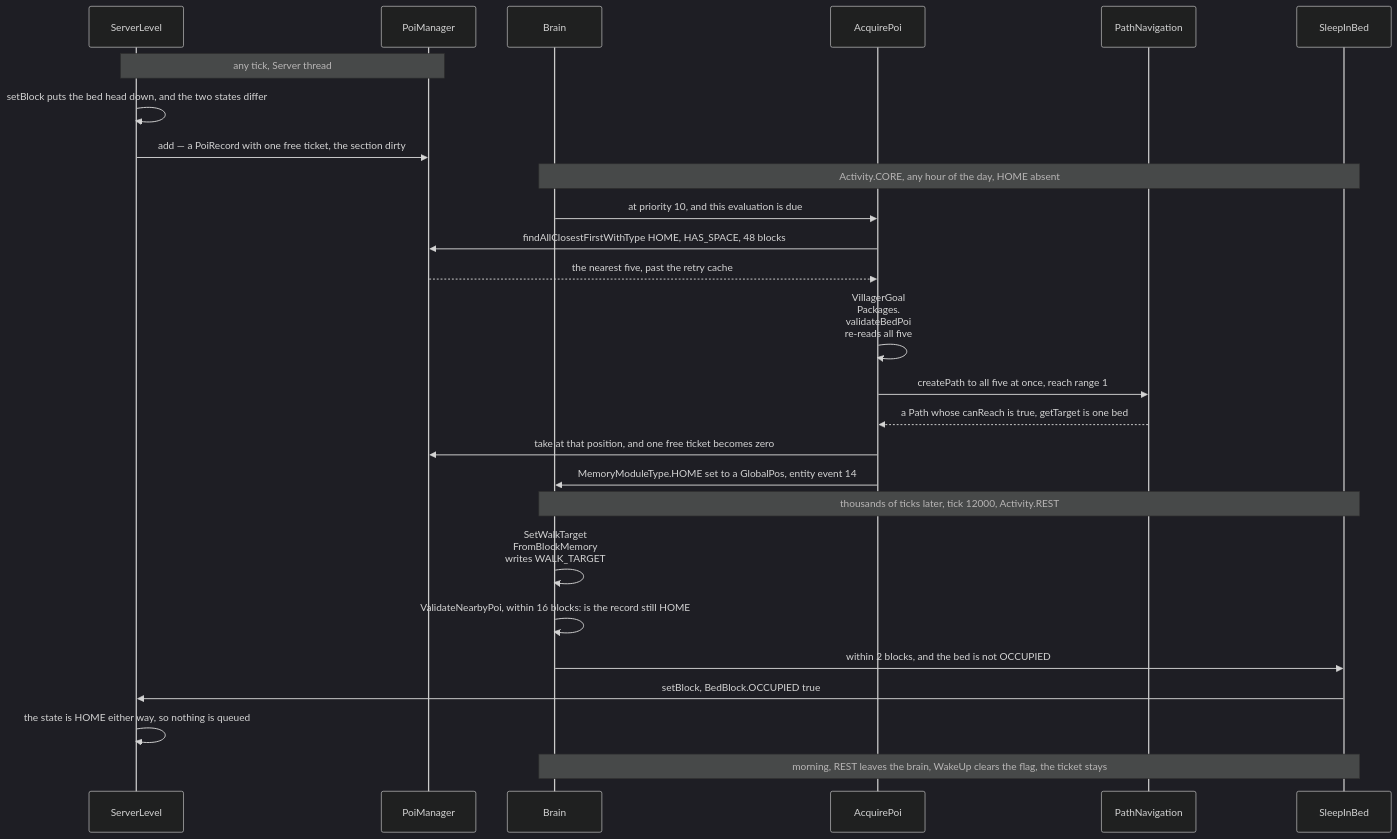
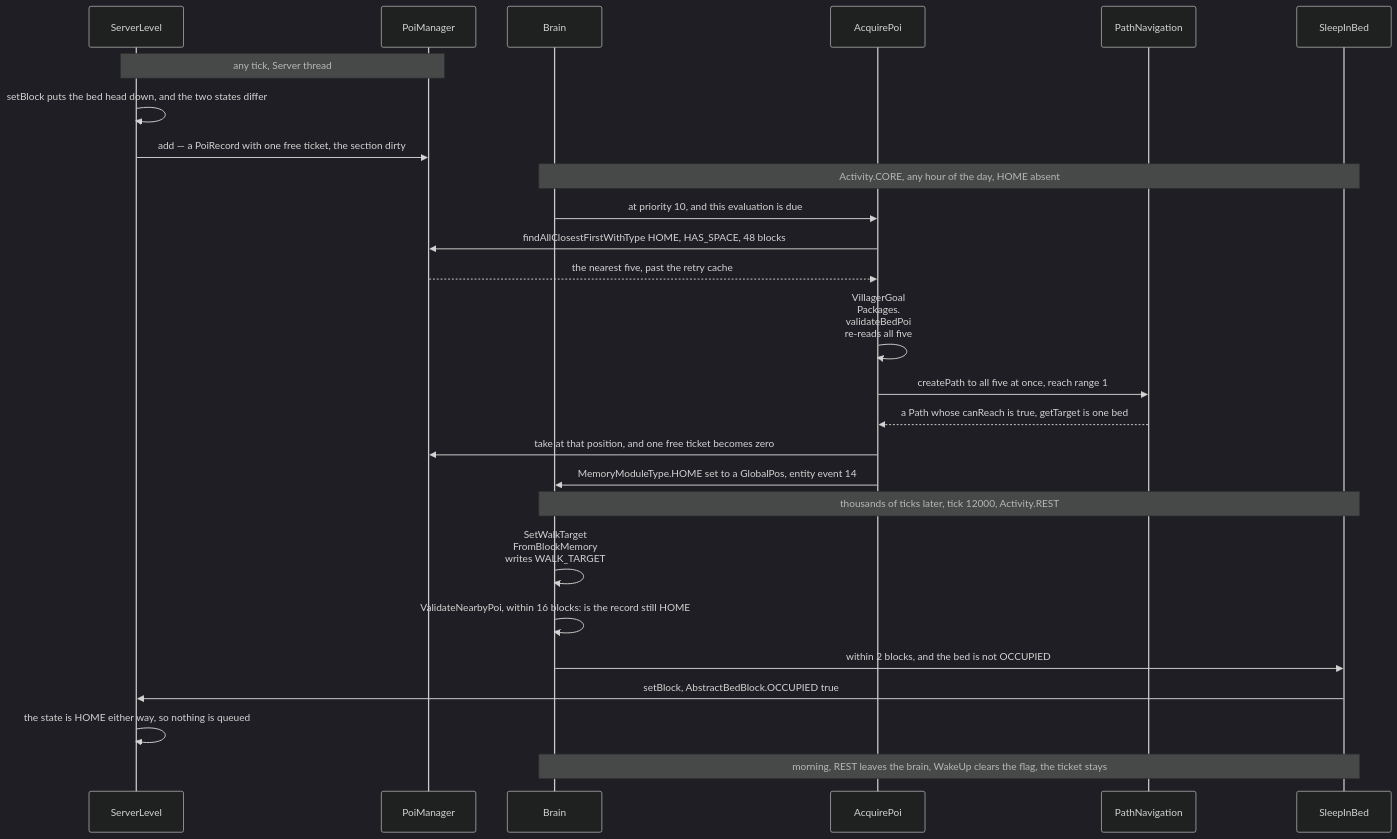
The second of 2 diagrams in src/systems/world/points-of-interest.md (AlexanderjFraser/MinecraftDocs), drawn with Mermaid (dark theme) before and after one commit. The commit also changed other lines of this file and 155 other files, not shown here.

````diff
--- a/src/systems/world/points-of-interest.md
+++ b/src/systems/world/points-of-interest.md
@@ -185,29 +185,29 @@
 ```mermaid
 sequenceDiagram
     participant SL as ServerLevel
     participant PM as PoiManager
     participant Brain as Brain
     participant AP as AcquirePoi
     participant PN as PathNavigation
     participant SIB as SleepInBed
 
     Note over SL,PM: any tick, Server thread
     SL->>SL: setBlock puts the bed head down, and the two states differ
     SL->>PM: add — a PoiRecord with one free ticket, the section dirty
     Note over Brain,SIB: Activity.CORE, any hour of the day, HOME absent
     Brain->>AP: at priority 10, and this evaluation is due
     AP->>PM: findAllClosestFirstWithType HOME, HAS_SPACE, 48 blocks
     PM-->>AP: the nearest five, past the retry cache
     AP->>AP: VillagerGoal<br/>Packages.<br/>validateBedPoi<br/>re-reads all five
     AP->>PN: createPath to all five at once, reach range 1
     PN-->>AP: a Path whose canReach is true, getTarget is one bed
     AP->>PM: take at that position, and one free ticket becomes zero
     AP->>Brain: MemoryModuleType.HOME set to a GlobalPos, entity event 14
     Note over Brain,SIB: thousands of ticks later, tick 12000, Activity.REST
     Brain->>Brain: SetWalkTarget<br/>FromBlockMemory<br/>writes WALK_TARGET
     Brain->>Brain: ValidateNearbyPoi, within 16 blocks: is the record still HOME
     Brain->>SIB: within 2 blocks, and the bed is not OCCUPIED
-    SIB->>SL: setBlock, BedBlock.OCCUPIED true
+    SIB->>SL: setBlock, AbstractBedBlock.OCCUPIED true
     SL->>SL: the state is HOME either way, so nothing is queued
     Note over Brain,SIB: morning, REST leaves the brain, WakeUp clears the flag, the ticket stays
 ```
````
